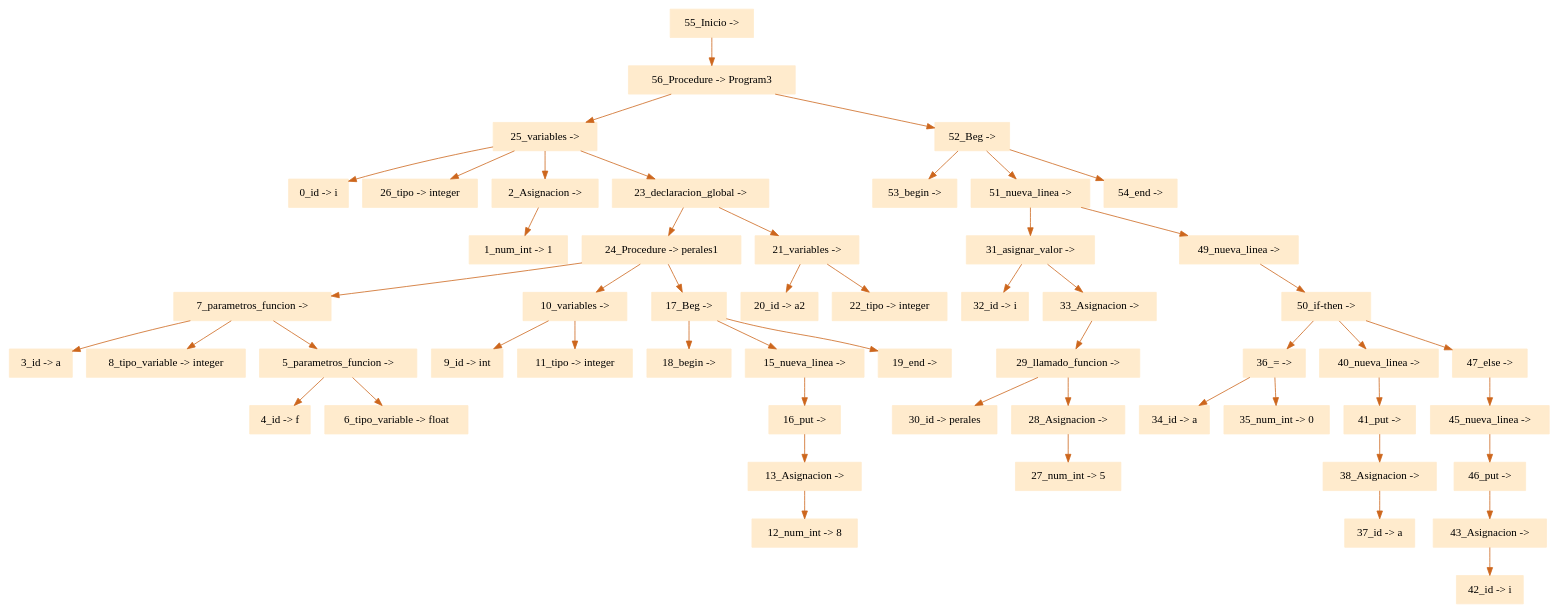
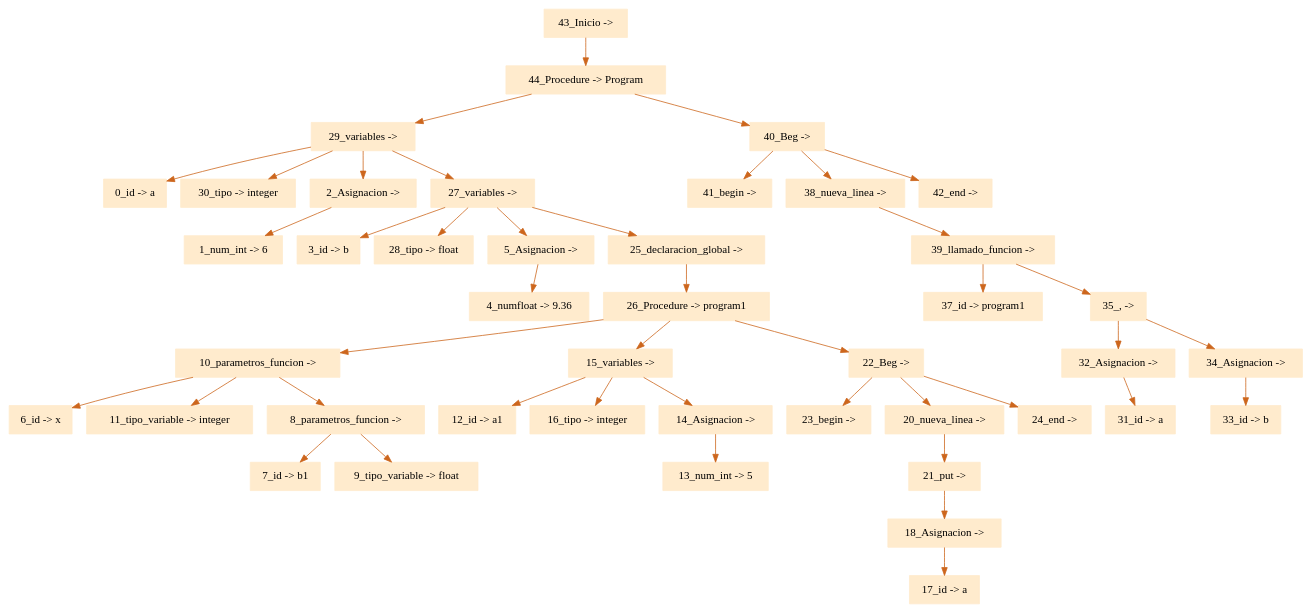
Before and after one commit to eliasgz97/Proyecto_Compiladores: the diagram in ProyectoCompiladores/arbol.dot, drawn with Graphviz. The commit also changed 3 other files, not shown here.

```diff
--- a/ProyectoCompiladores/arbol.dot
+++ b/ProyectoCompiladores/arbol.dot
@@ -1,57 +1,47 @@
 digraph G {node[shape=box, style=filled, color=blanchedalmond]; edge[color=chocolate3];rankdir=UD 
 
-"55_Inicio -> "->"56_Procedure -> Program3"
-"56_Procedure -> Program3"->"25_variables -> "
-"25_variables -> "->"0_id -> i"
-"25_variables -> "->"26_tipo -> integer"
-"25_variables -> "->"2_Asignacion -> "
-"2_Asignacion -> "->"1_num_int -> 1"
-"25_variables -> "->"23_declaracion_global -> "
-"23_declaracion_global -> "->"24_Procedure -> perales1"
-"24_Procedure -> perales1"->"7_parametros_funcion -> "
-"7_parametros_funcion -> "->"3_id -> a"
-"7_parametros_funcion -> "->"8_tipo_variable -> integer"
-"7_parametros_funcion -> "->"5_parametros_funcion -> "
-"5_parametros_funcion -> "->"4_id -> f"
-"5_parametros_funcion -> "->"6_tipo_variable -> float"
-"24_Procedure -> perales1"->"10_variables -> "
-"10_variables -> "->"9_id -> int"
-"10_variables -> "->"11_tipo -> integer"
-"24_Procedure -> perales1"->"17_Beg -> "
-"17_Beg -> "->"18_begin -> "
-"17_Beg -> "->"15_nueva_linea -> "
-"15_nueva_linea -> "->"16_put -> "
-"16_put -> "->"13_Asignacion -> "
-"13_Asignacion -> "->"12_num_int -> 8"
-"17_Beg -> "->"19_end -> "
-"23_declaracion_global -> "->"21_variables -> "
-"21_variables -> "->"20_id -> a2"
-"21_variables -> "->"22_tipo -> integer"
-"56_Procedure -> Program3"->"52_Beg -> "
-"52_Beg -> "->"53_begin -> "
-"52_Beg -> "->"51_nueva_linea -> "
-"51_nueva_linea -> "->"31_asignar_valor -> "
-"31_asignar_valor -> "->"32_id -> i"
-"31_asignar_valor -> "->"33_Asignacion -> "
-"33_Asignacion -> "->"29_llamado_funcion -> "
-"29_llamado_funcion -> "->"30_id -> perales"
-"29_llamado_funcion -> "->"28_Asignacion -> "
-"28_Asignacion -> "->"27_num_int -> 5"
-"51_nueva_linea -> "->"49_nueva_linea -> "
-"49_nueva_linea -> "->"50_if-then -> "
-"50_if-then -> "->"36_= -> "
-"36_= -> "->"34_id -> a"
-"36_= -> "->"35_num_int -> 0"
-"50_if-then -> "->"40_nueva_linea -> "
-"40_nueva_linea -> "->"41_put -> "
-"41_put -> "->"38_Asignacion -> "
-"38_Asignacion -> "->"37_id -> a"
-"50_if-then -> "->"47_else -> "
-"47_else -> "->"45_nueva_linea -> "
-"45_nueva_linea -> "->"46_put -> "
-"46_put -> "->"43_Asignacion -> "
-"43_Asignacion -> "->"42_id -> i"
-"52_Beg -> "->"54_end -> "
+"43_Inicio -> "->"44_Procedure -> Program"
+"44_Procedure -> Program"->"29_variables -> "
+"29_variables -> "->"0_id -> a"
+"29_variables -> "->"30_tipo -> integer"
+"29_variables -> "->"2_Asignacion -> "
+"2_Asignacion -> "->"1_num_int -> 6"
+"29_variables -> "->"27_variables -> "
+"27_variables -> "->"3_id -> b"
+"27_variables -> "->"28_tipo -> float"
+"27_variables -> "->"5_Asignacion -> "
+"5_Asignacion -> "->"4_numfloat -> 9.36"
+"27_variables -> "->"25_declaracion_global -> "
+"25_declaracion_global -> "->"26_Procedure -> program1"
+"26_Procedure -> program1"->"10_parametros_funcion -> "
+"10_parametros_funcion -> "->"6_id -> x"
+"10_parametros_funcion -> "->"11_tipo_variable -> integer"
+"10_parametros_funcion -> "->"8_parametros_funcion -> "
+"8_parametros_funcion -> "->"7_id -> b1"
+"8_parametros_funcion -> "->"9_tipo_variable -> float"
+"26_Procedure -> program1"->"15_variables -> "
+"15_variables -> "->"12_id -> a1"
+"15_variables -> "->"16_tipo -> integer"
+"15_variables -> "->"14_Asignacion -> "
+"14_Asignacion -> "->"13_num_int -> 5"
+"26_Procedure -> program1"->"22_Beg -> "
+"22_Beg -> "->"23_begin -> "
+"22_Beg -> "->"20_nueva_linea -> "
+"20_nueva_linea -> "->"21_put -> "
+"21_put -> "->"18_Asignacion -> "
+"18_Asignacion -> "->"17_id -> a"
+"22_Beg -> "->"24_end -> "
+"44_Procedure -> Program"->"40_Beg -> "
+"40_Beg -> "->"41_begin -> "
+"40_Beg -> "->"38_nueva_linea -> "
+"38_nueva_linea -> "->"39_llamado_funcion -> "
+"39_llamado_funcion -> "->"37_id -> program1"
+"39_llamado_funcion -> "->"35_, -> "
+"35_, -> "->"32_Asignacion -> "
+"32_Asignacion -> "->"31_id -> a"
+"35_, -> "->"34_Asignacion -> "
+"34_Asignacion -> "->"33_id -> b"
+"40_Beg -> "->"42_end -> "
 
 
 }
```
